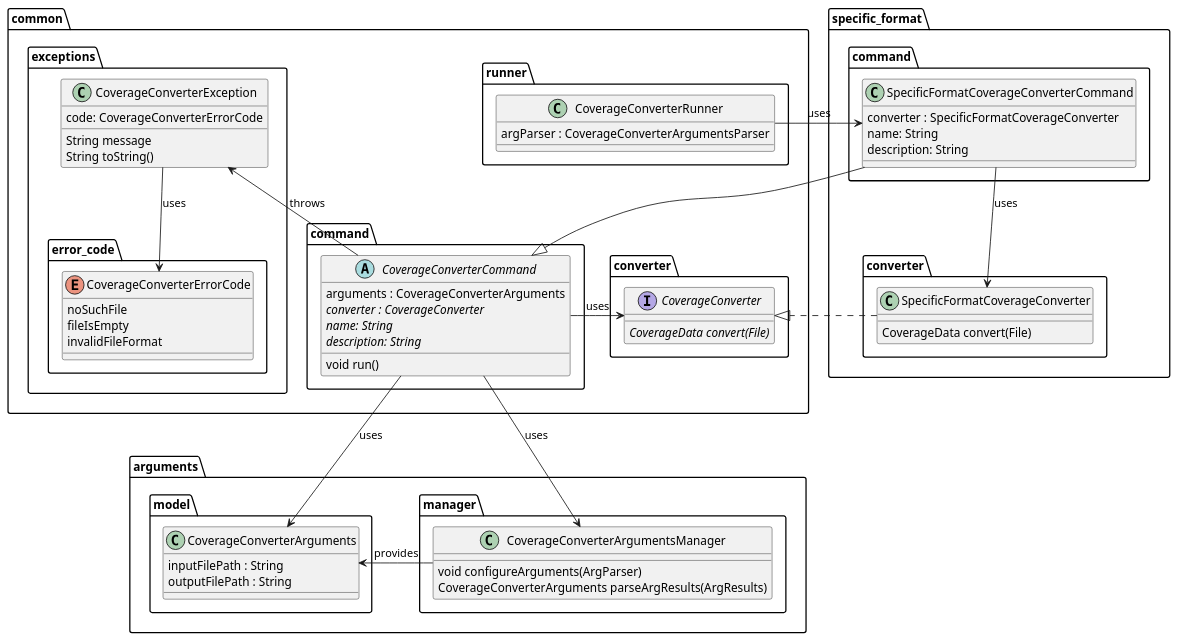
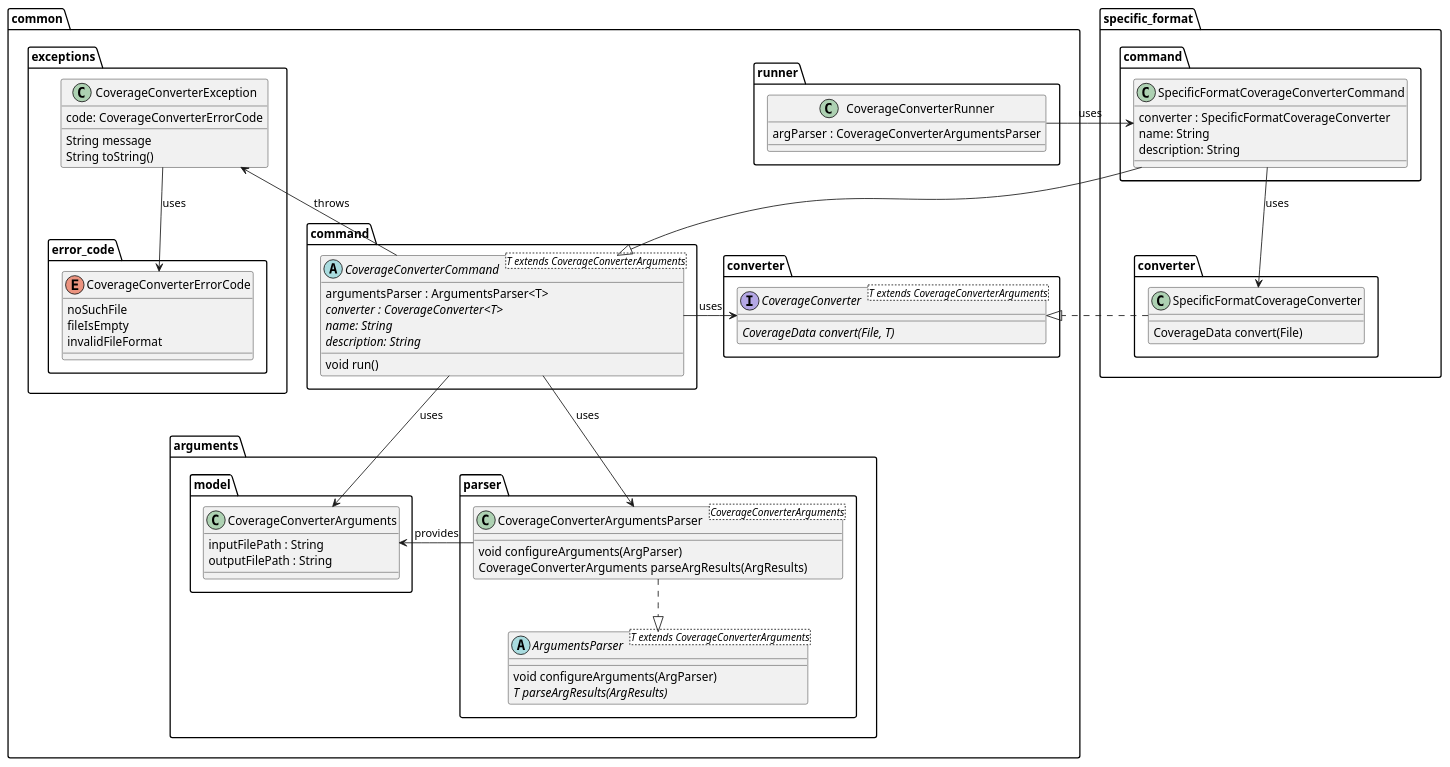
Before and after one commit to Flank/flank-dashboard: the diagram in metrics/coverage_converter/docs/diagrams/coverage_class_diagram.puml, drawn with PlantUML. The commit also changed 2 other files, not shown here.

Commit message:
Improve coverage converter arguments parser design

```diff
--- a/metrics/coverage_converter/docs/diagrams/coverage_class_diagram.puml
+++ b/metrics/coverage_converter/docs/diagrams/coverage_class_diagram.puml
@@ -1,96 +1,104 @@
 @startuml coverage_class_diagram
 
-package arguments {
-    package model {
-        class CoverageConverterArguments {
-            inputFilePath : String
-            outputFilePath : String
+package common {
+    package arguments {
+        package model {
+            class CoverageConverterArguments {
+                inputFilePath : String
+                outputFilePath : String
+            }
+        }
+
+        package parser {
+            class CoverageConverterArgumentsParser<CoverageConverterArguments> {
+                void configureArguments(ArgParser)
+                CoverageConverterArguments parseArgResults(ArgResults)
+            }
+            
+            abstract ArgumentsParser<T extends CoverageConverterArguments> {
+                void configureArguments(ArgParser)
+                {abstract} T parseArgResults(ArgResults)
+            }
         }
     }
 
-    package manager {
-        class CoverageConverterArgumentsManager {
-            void configureArguments(ArgParser)
-            CoverageConverterArguments parseArgResults(ArgResults)
-        }
-    }
-}
 
-package common {
     package command {
-        abstract CoverageConverterCommand {
-            arguments : CoverageConverterArguments
-            {abstract} converter : CoverageConverter
+        abstract CoverageConverterCommand<T extends CoverageConverterArguments> {
+            argumentsParser : ArgumentsParser<T>
+            {abstract} converter : CoverageConverter<T>
             {abstract} name: String
             {abstract} description: String
             void run()
         }
     }
 
     package converter {
-        interface CoverageConverter {
-            {abstract} CoverageData convert(File)
+        interface CoverageConverter<T extends CoverageConverterArguments> {
+            {abstract} CoverageData convert(File, T)
         }
     }
 
 
     package runner {
         class CoverageConverterRunner {
             argParser : CoverageConverterArgumentsParser
         }
     }
 
     package exceptions {
         class CoverageConverterException{
             code: CoverageConverterErrorCode
             {method} String message
             String toString()
         }
 
 
         package error_code {
             enum CoverageConverterErrorCode {
                 noSuchFile
                 fileIsEmpty
                 invalidFileFormat
             }
         }
     }
 }
 
 package specific_format {
     package converter as specific_format.converter {
         class SpecificFormatCoverageConverter {
             CoverageData convert(File)
         }
     }
 
     package command as specific_format.command {
         class SpecificFormatCoverageConverterCommand {
             converter : SpecificFormatCoverageConverter
             name: String
             description: String
         }
     }
 }
 
 
 CoverageConverterRunner -right-> SpecificFormatCoverageConverterCommand : uses
 
-CoverageConverterArgumentsManager -left-> CoverageConverterArguments : provides
+CoverageConverterArgumentsParser -left-> CoverageConverterArguments : provides
+CoverageConverterArgumentsParser ..|> ArgumentsParser
+
 
 SpecificFormatCoverageConverterCommand --> SpecificFormatCoverageConverter : uses
 SpecificFormatCoverageConverterCommand --|> CoverageConverterCommand
 
 SpecificFormatCoverageConverter .down.|> CoverageConverter
 
 CoverageConverterCommand --> CoverageConverterArguments : uses
 CoverageConverterCommand -left-> CoverageConverter : uses
 CoverageConverterCommand -up-> CoverageConverterException : throws
-CoverageConverterCommand --> CoverageConverterArgumentsManager : uses
+CoverageConverterCommand --> CoverageConverterArgumentsParser : uses
 
 CoverageConverterException --> CoverageConverterErrorCode : uses
 
 
 
 @enduml
```
